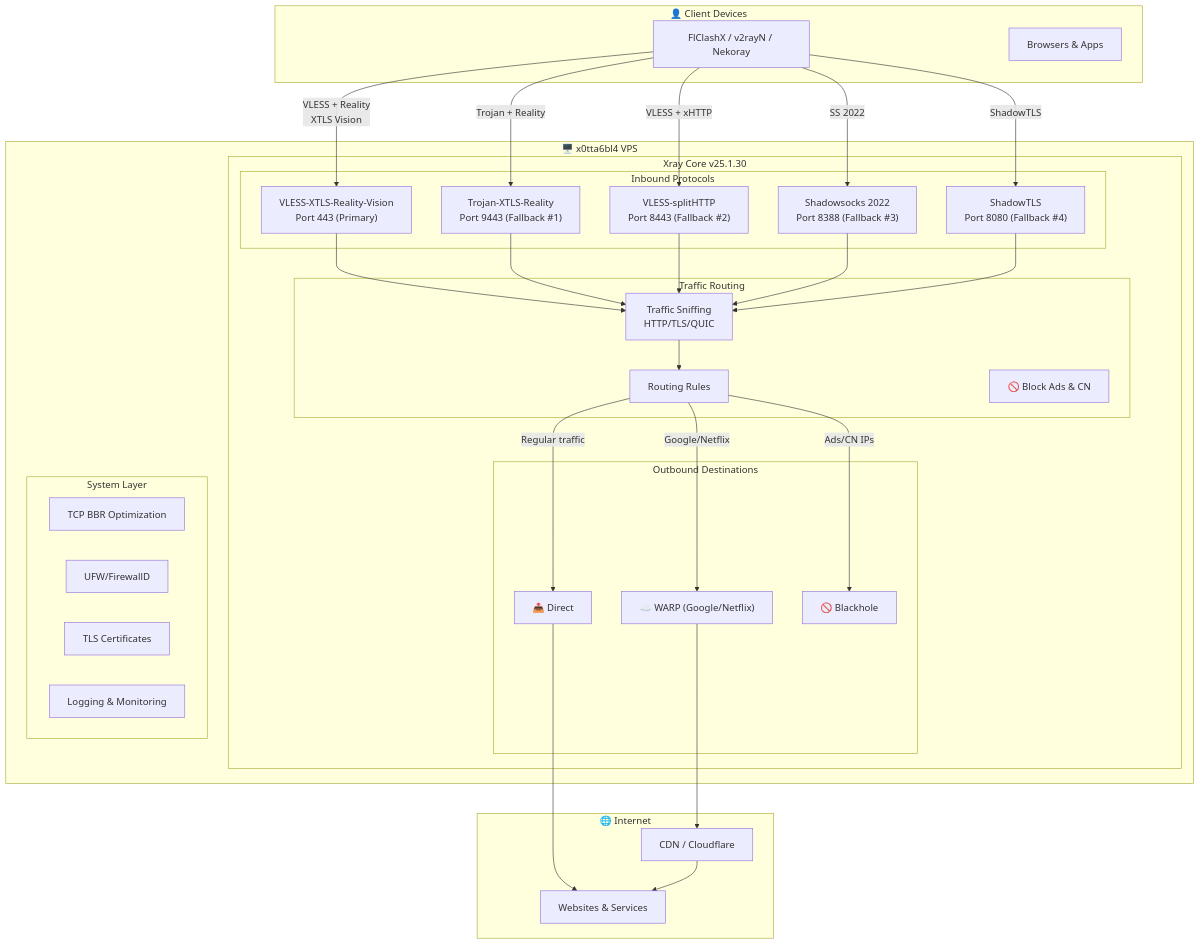
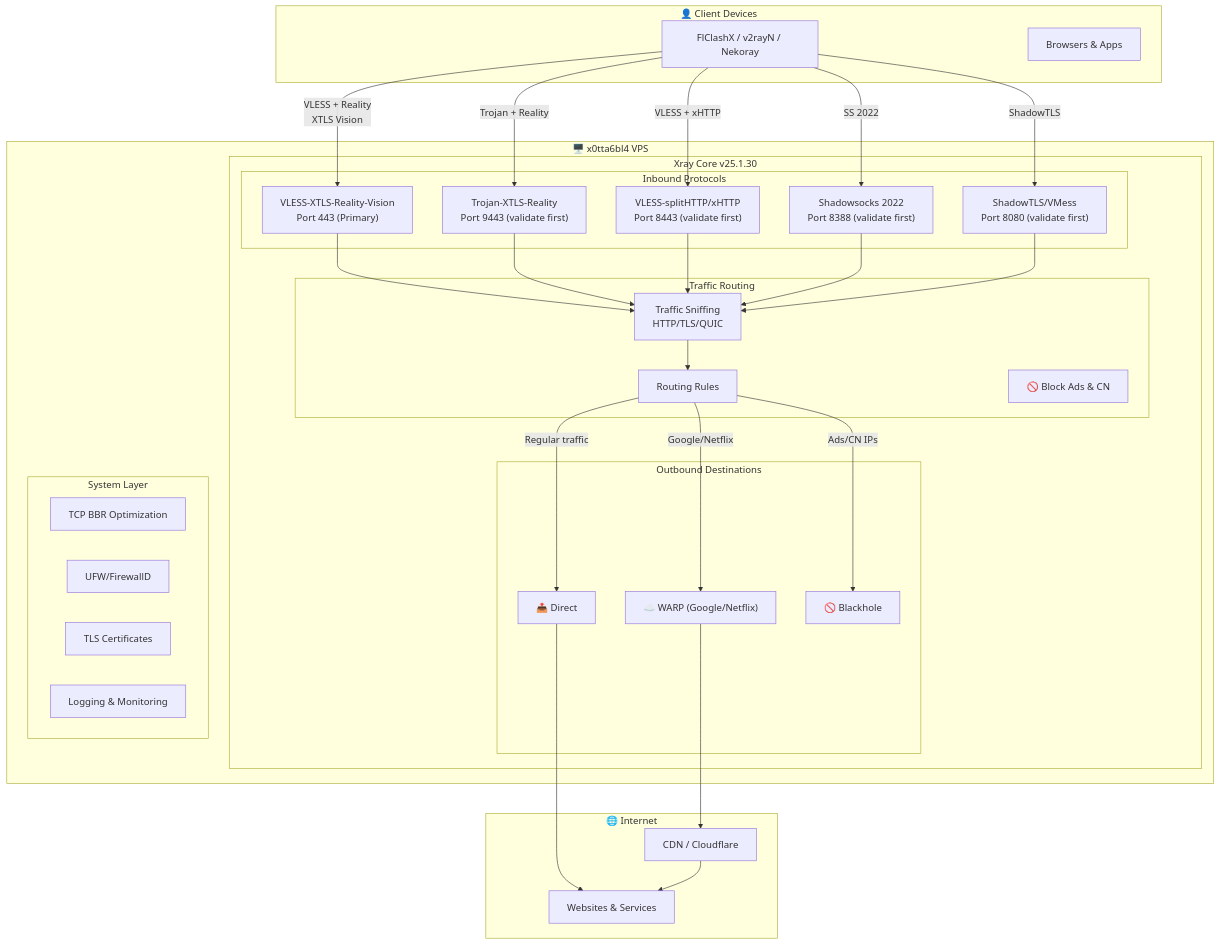
One commit to x0tta6bl4-ai/x0tta6bl4 changed the first of 11 diagrams in x0tta6bl4-xray-vps/docs/architecture-diagram.md. Above: the diagram before and after it, drawn with Mermaid. The commit also changed 2140 other files, not shown here.

````diff
--- a/x0tta6bl4-xray-vps/docs/architecture-diagram.md
+++ b/x0tta6bl4-xray-vps/docs/architecture-diagram.md
@@ -5,67 +5,67 @@
 ```mermaid
 flowchart TB
     subgraph Internet["🌐 Internet"]
         WEB["Websites & Services"]
         CDN["CDN / Cloudflare"]
     end
 
     subgraph Client["👤 Client Devices"]
         FLCLASH["FlClashX / v2rayN / Nekoray"]
         BROWSERS["Browsers & Apps"]
     end
 
     subgraph VPS["🖥️ x0tta6bl4 VPS"]
         subgraph XRAY["Xray Core v25.1.30"]
             subgraph INBOUNDS["Inbound Protocols"]
                 VLESS_R["VLESS-XTLS-Reality-Vision<br/>Port 443 (Primary)"]
-                TROJAN["Trojan-XTLS-Reality<br/>Port 9443 (Fallback #1)"]
-                VLESS_X["VLESS-splitHTTP<br/>Port 8443 (Fallback #2)"]
-                SS["Shadowsocks 2022<br/>Port 8388 (Fallback #3)"]
-                SHADOWTLS["ShadowTLS<br/>Port 8080 (Fallback #4)"]
+                TROJAN["Trojan-XTLS-Reality<br/>Port 9443 (validate first)"]
+                VLESS_X["VLESS-splitHTTP/xHTTP<br/>Port 8443 (validate first)"]
+                SS["Shadowsocks 2022<br/>Port 8388 (validate first)"]
+                SHADOWTLS["ShadowTLS/VMess<br/>Port 8080 (validate first)"]
             end
 
             subgraph ROUTING["Traffic Routing"]
                 SNIFF["Traffic Sniffing<br/>HTTP/TLS/QUIC"]
                 RULES["Routing Rules"]
                 BLOCK["🚫 Block Ads & CN"]
             end
 
             subgraph OUTBOUNDS["Outbound Destinations"]
                 DIRECT["📤 Direct"]
                 WARP["☁️ WARP (Google/Netflix)"]
                 BLOCKED["🚫 Blackhole"]
             end
         end
 
         subgraph SYSTEM["System Layer"]
             SYSCTL["TCP BBR Optimization"]
             FIREWALL["UFW/FirewallD"]
             CERTS["TLS Certificates"]
             LOGS["Logging & Monitoring"]
         end
     end
 
     %% Client connections
     FLCLASH -->|"VLESS + Reality<br/>XTLS Vision"| VLESS_R
     FLCLASH -->|"Trojan + Reality"| TROJAN
     FLCLASH -->|"VLESS + xHTTP"| VLESS_X
     FLCLASH -->|"SS 2022"| SS
     FLCLASH -->|"ShadowTLS"| SHADOWTLS
 
     %% Internal routing
     VLESS_R --> SNIFF
     TROJAN --> SNIFF
     VLESS_X --> SNIFF
     SS --> SNIFF
     SHADOWTLS --> SNIFF
 
     SNIFF --> RULES
 
     RULES -->|"Regular traffic"| DIRECT
     RULES -->|"Google/Netflix"| WARP
     RULES -->|"Ads/CN IPs"| BLOCKED
 
     DIRECT --> WEB
     WARP --> CDN
     CDN --> WEB
 ```
````
